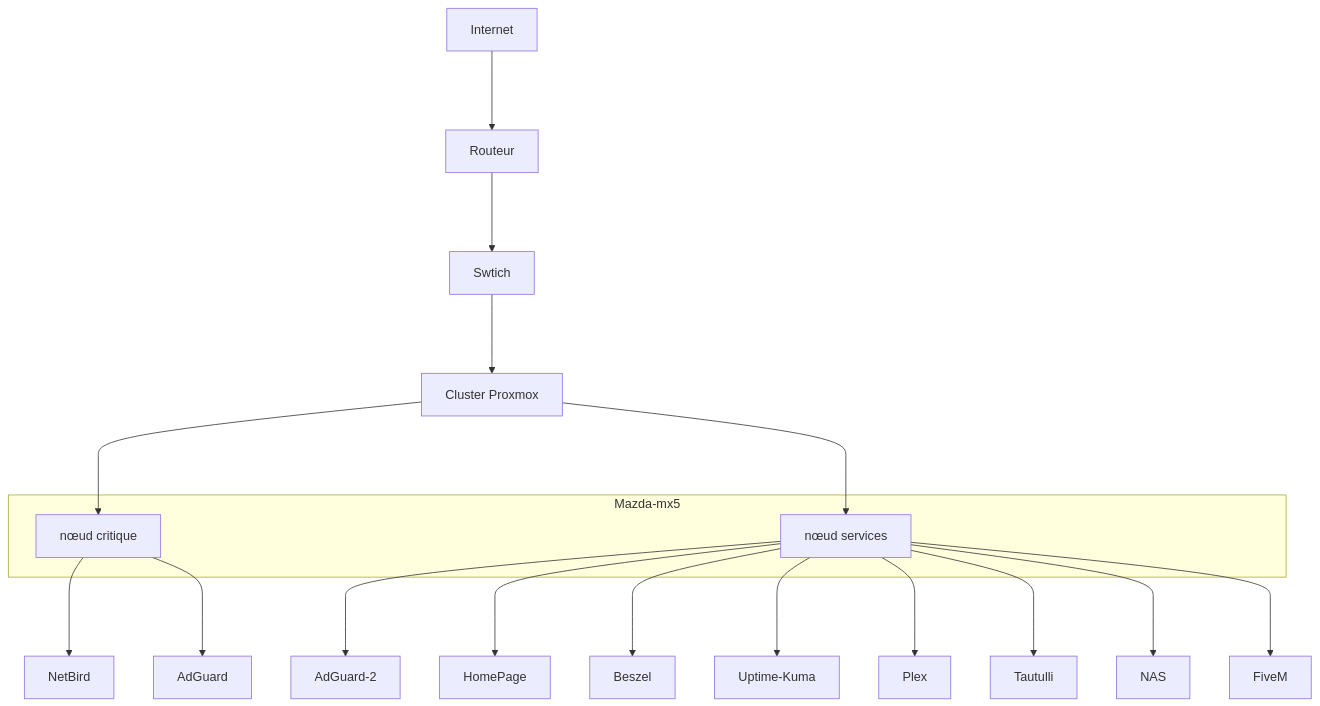
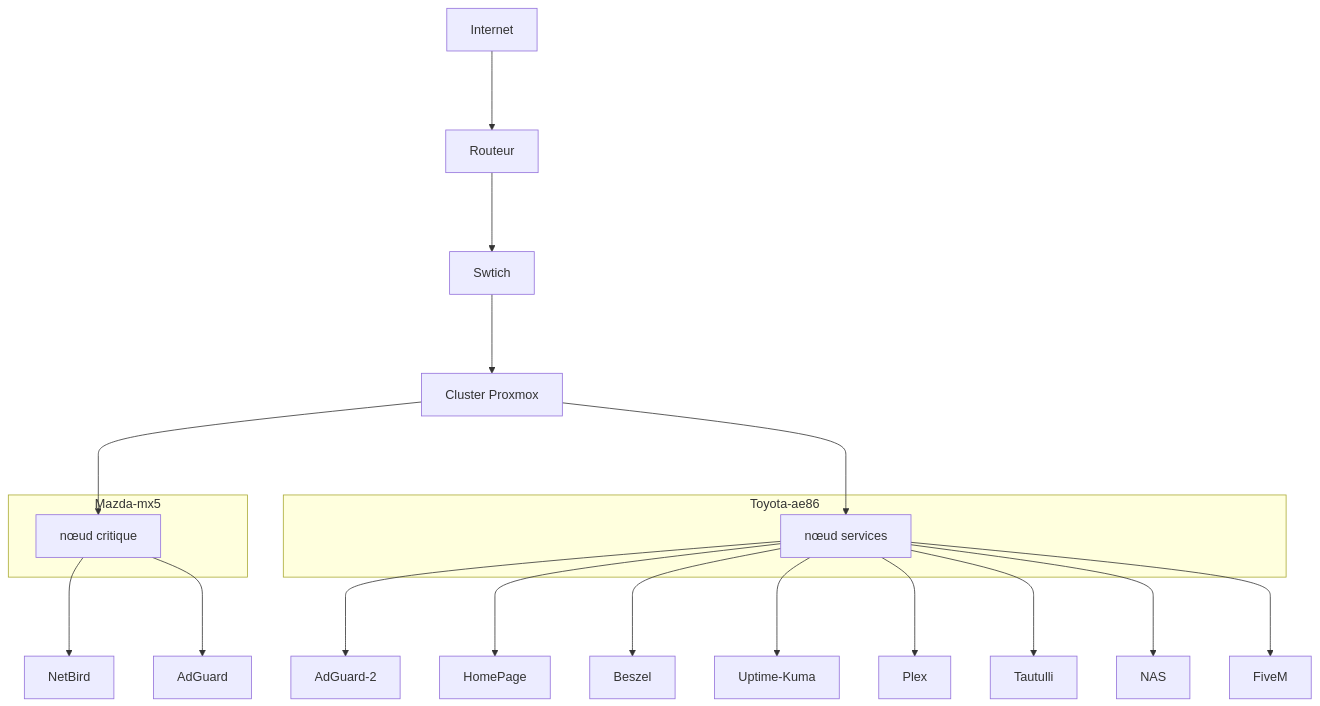
One commit to snoyy-i/snoyy-i changed the diagram in README.md. Above: the diagram before and after it, drawn with Mermaid.

````diff
--- a/README.md
+++ b/README.md
@@ -2,39 +2,43 @@
 ```mermaid
 graph TD
      A[Internet]
      B[Routeur]
      C[Swtich]
      D[Cluster Proxmox]
      E[nœud critique]
      F[nœud services]
      G[NetBird]
      H[AdGuard]
      I[AdGuard-2]
      J[HomePage]
      K[Beszel]
      L[Uptime-Kuma]
      M[Plex]
      N[Tautulli]
      O[NAS]
      P[FiveM]
 
 subgraph Mazda-mx5
      E[nœud critique]
+end
+
+subgraph Toyota-ae86
      F[nœud services]
 end
+
      A--->B
      B--->C
      C--->D
      D--->E
      D--->F
      E--->G 
      E--->H
      F--->I
      F--->J
      F--->K
      F--->L
      F--->M
      F--->N
      F--->O
      F--->P
 ```
````
